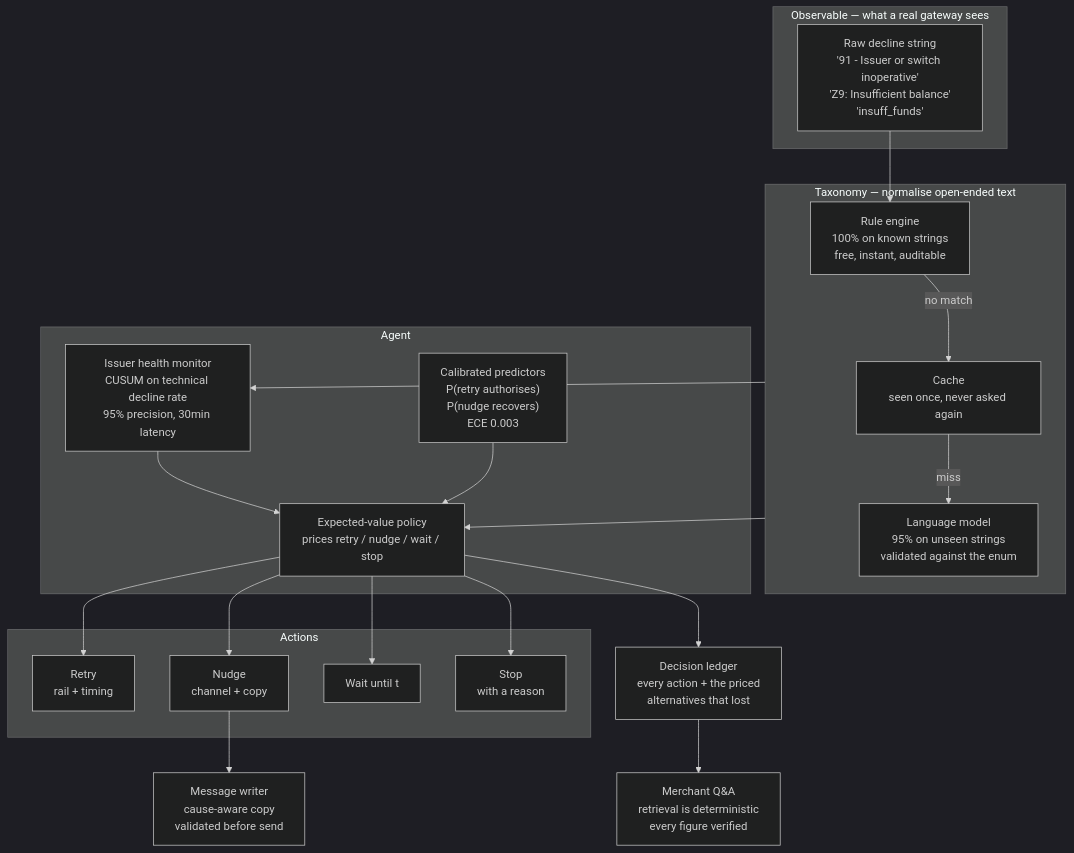
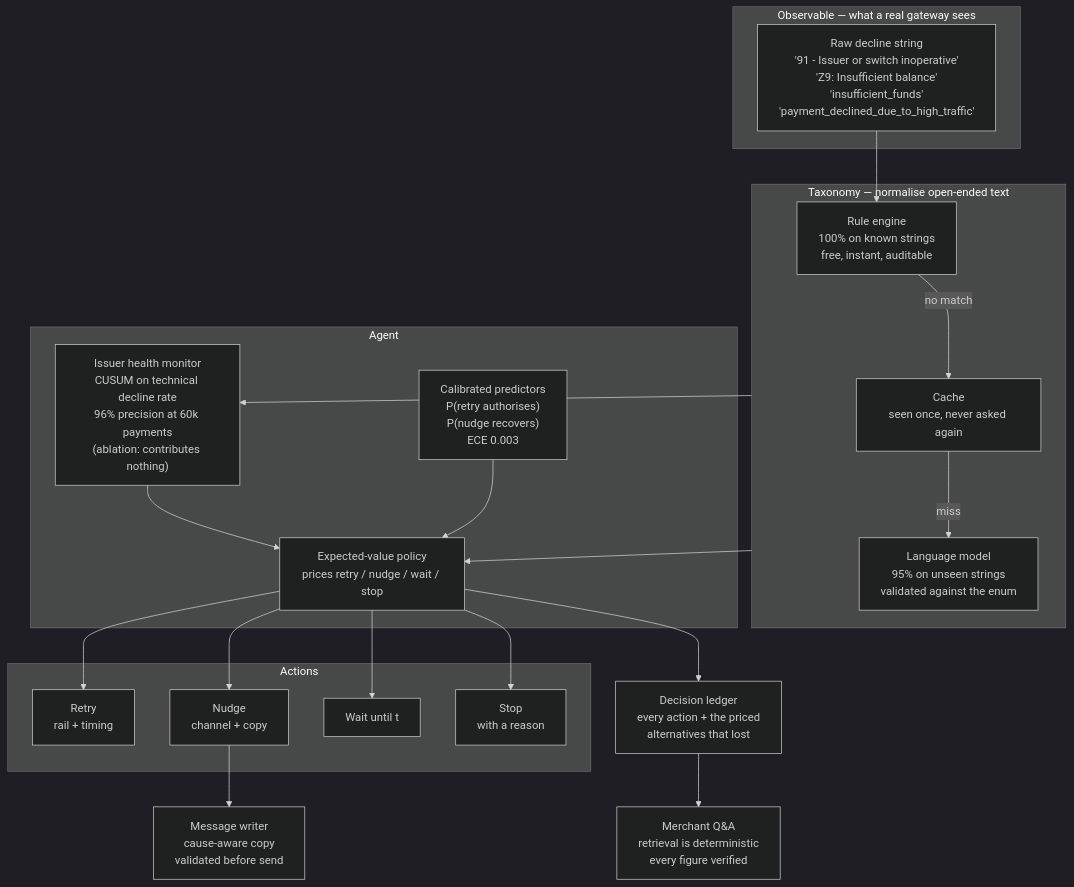
Before and after one commit to ishanrajsingh/kintsugi: the diagram in ARCHITECTURE.md, drawn with Mermaid (dark theme). The commit also changed other lines of this file and 2 other files, not shown here.

````diff
--- a/ARCHITECTURE.md
+++ b/ARCHITECTURE.md
@@ -69,39 +69,39 @@
 ```mermaid
 flowchart TB
     subgraph obs["Observable — what a real gateway sees"]
-        RAW["Raw decline string<br/>'91 - Issuer or switch inoperative'<br/>'Z9: Insufficient balance'<br/>'insuff_funds'"]
+        RAW["Raw decline string<br/>'91 - Issuer or switch inoperative'<br/>'Z9: Insufficient balance'<br/>'insufficient_funds'<br/>'payment_declined_due_to_high_traffic'"]
     end
 
     subgraph tax["Taxonomy — normalise open-ended text"]
         RULES["Rule engine<br/>100% on known strings<br/>free, instant, auditable"]
         CACHE["Cache<br/>seen once, never asked again"]
         LLM["Language model<br/>95% on unseen strings<br/>validated against the enum"]
         RULES -->|no match| CACHE -->|miss| LLM
     end
 
     subgraph agent["Agent"]
-        MON["Issuer health monitor<br/>CUSUM on technical decline rate<br/>95% precision, 30min latency"]
+        MON["Issuer health monitor<br/>CUSUM on technical decline rate<br/>96% precision at 60k payments<br/>(ablation: contributes nothing)"]
         PRED["Calibrated predictors<br/>P(retry authorises)<br/>P(nudge recovers)<br/>ECE 0.003"]
         EV["Expected-value policy<br/>prices retry / nudge / wait / stop"]
         MON --> EV
         PRED --> EV
     end
 
     subgraph act["Actions"]
         RETRY["Retry<br/>rail + timing"]
         NUDGE["Nudge<br/>channel + copy"]
         WAIT["Wait until t"]
         STOP["Stop<br/>with a reason"]
     end
 
     COPY["Message writer<br/>cause-aware copy<br/>validated before send"]
     LEDGER["Decision ledger<br/>every action + the priced<br/>alternatives that lost"]
     ASK["Merchant Q&A<br/>retrieval is deterministic<br/>every figure verified"]
 
     RAW --> RULES
     tax --> MON
     tax --> EV
     EV --> RETRY & NUDGE & WAIT & STOP
     NUDGE --> COPY
     EV --> LEDGER --> ASK
 ```
````
